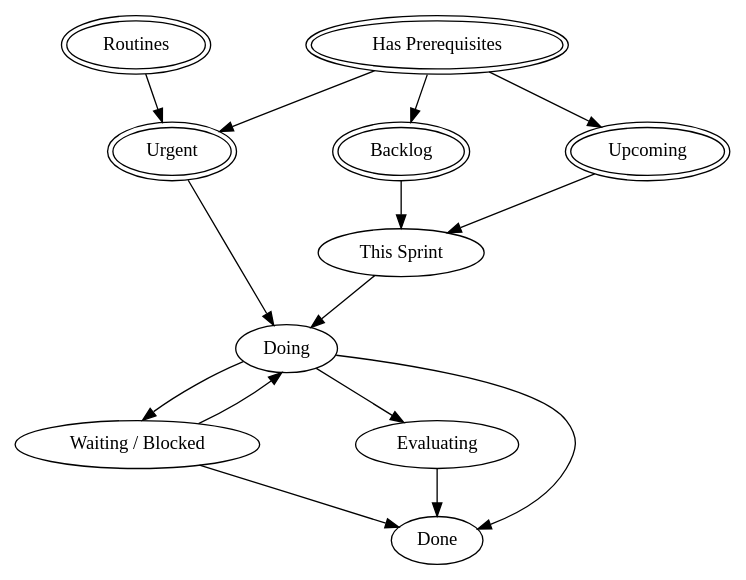
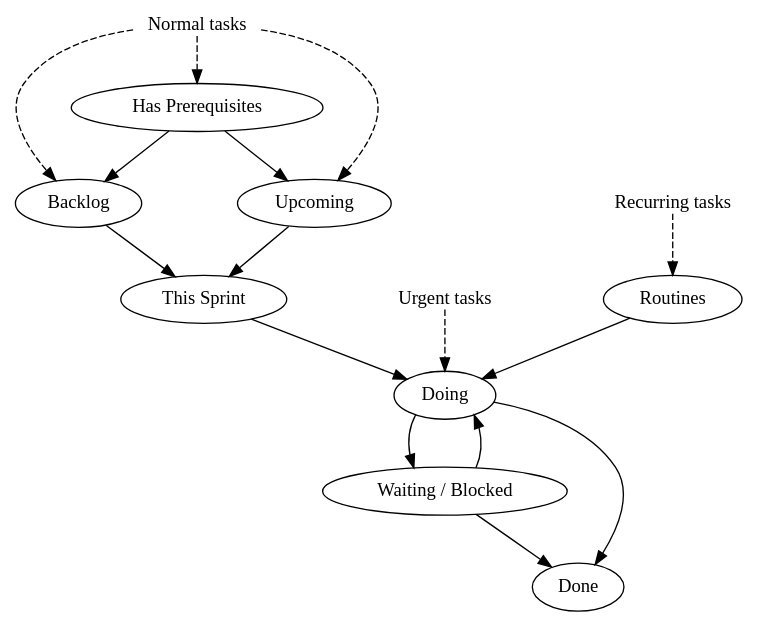
Before and after one commit to barrucadu/memo.barrucadu.co.uk: the diagram in memos/self-organisation.markdown, drawn with Graphviz. The commit also changed other lines of this file, not shown here.

````diff
--- a/memos/self-organisation.markdown
+++ b/memos/self-organisation.markdown
@@ -64,31 +22,35 @@
 ```graphviz
 digraph {
   nodesep=1;
 
-  "Routines"          [peripheries=2];
-  "Has Prerequisites" [peripheries=2];
-  "Backlog"           [peripheries=2];
-  "Upcoming"          [peripheries=2];
+  "Normal tasks"    [shape=plain,style=dashed]
+  "Urgent tasks"    [shape=plain,style=dashed]
+  "Recurring tasks" [shape=plain,style=dashed]
+
+  "Routines"
+  "Has Prerequisites"
+  "Backlog"
+  "Upcoming"
   "This Sprint"
-  "Urgent"            [peripheries=2];
   "Doing"
   "Waiting / Blocked"
-  "Evaluating"
   "Done"
 
-  "Routines"          -> "Urgent"
+  "Normal tasks"    -> "Has Prerequisites" [style=dashed];
+  "Normal tasks"    -> "Backlog"           [style=dashed];
+  "Normal tasks"    -> "Upcoming"          [style=dashed];
+  "Urgent tasks"    -> "Doing"             [style=dashed];
+  "Recurring tasks" -> "Routines"          [style=dashed];
+
+  "Routines"          -> "Doing"
   "Has Prerequisites" -> "Backlog"
   "Has Prerequisites" -> "Upcoming"
-  "Has Prerequisites" -> "Urgent"
   "Backlog"           -> "This Sprint"
   "Upcoming"          -> "This Sprint"
   "This Sprint"       -> "Doing"
-  "Urgent"            -> "Doing"
   "Doing"             -> "Waiting / Blocked"
-  "Doing"             -> "Evaluating"
   "Doing"             -> "Done"
   "Waiting / Blocked" -> "Doing"
   "Waiting / Blocked" -> "Done"
-  "Evaluating"        -> "Done"
 }
 ```
````
